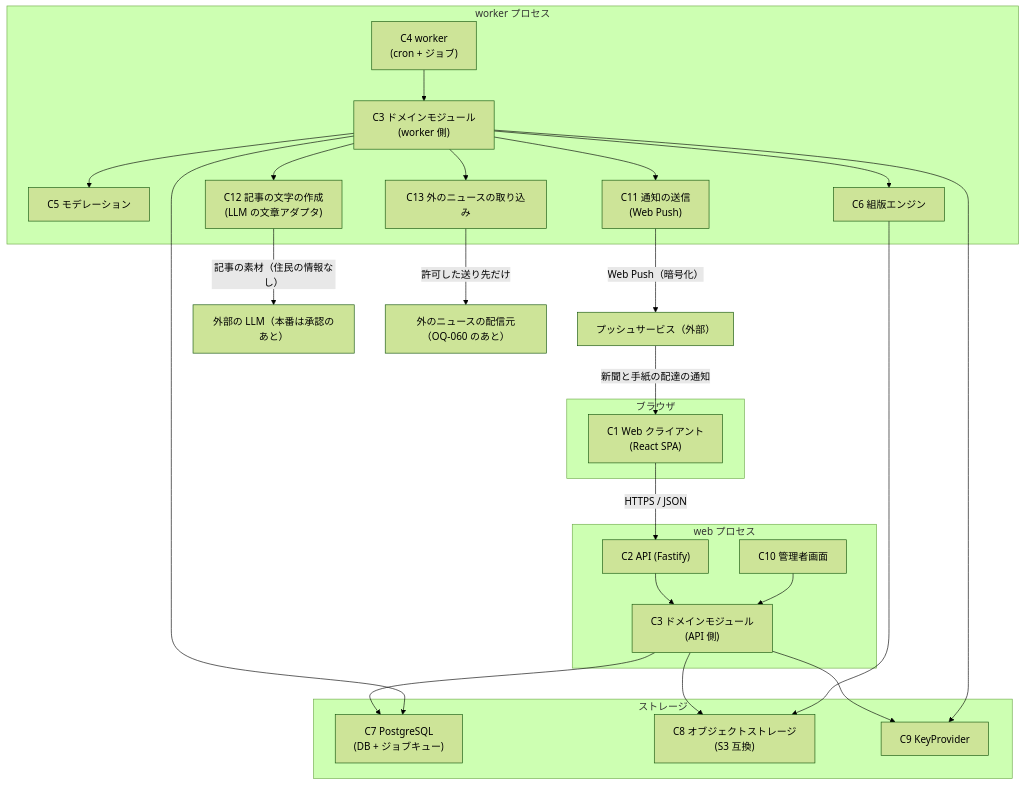
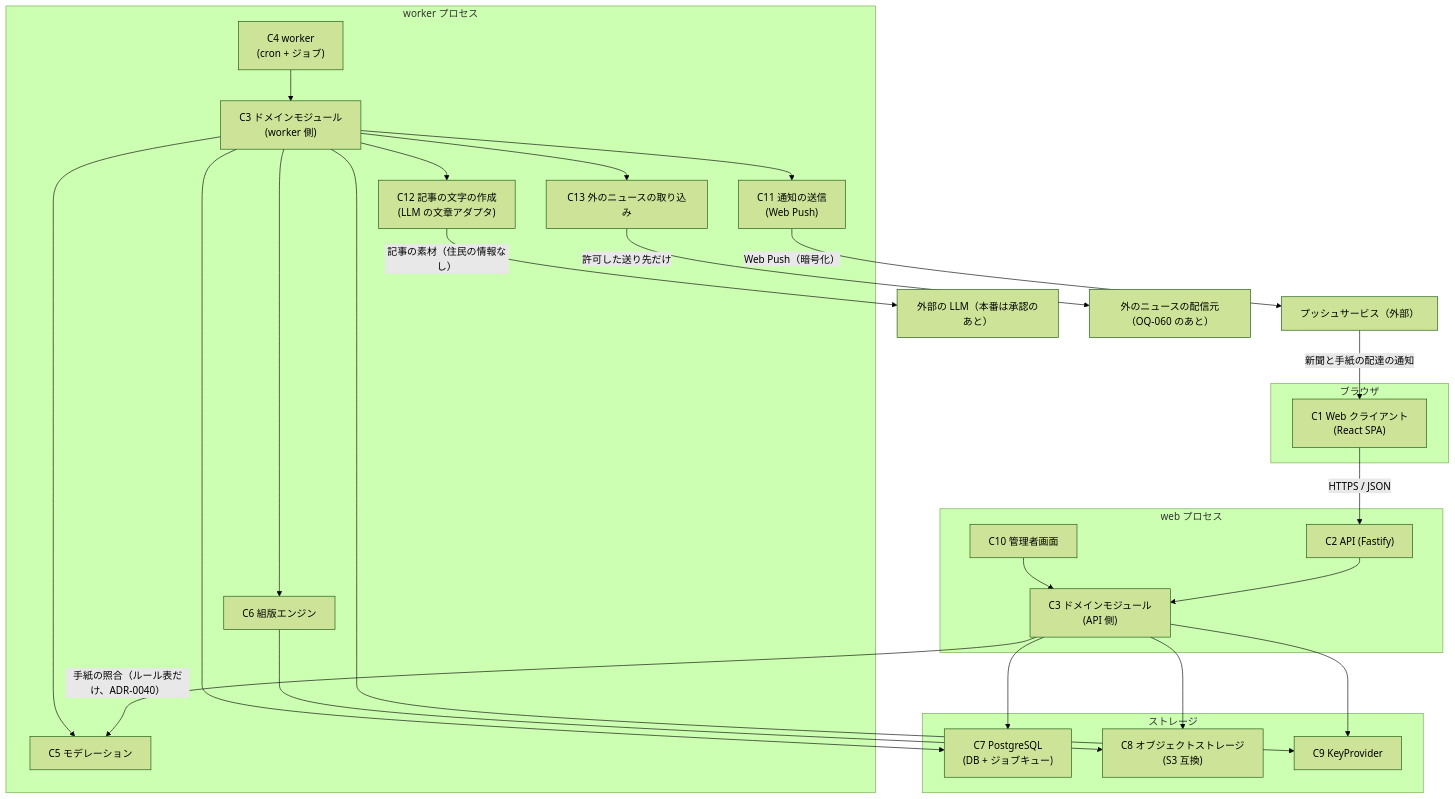
The diagram in .ai/architecture.md (BONUS-git/yuguregaoka-3chome), drawn with Mermaid (forest theme) before and after one commit. The commit also changed other lines of this file and 19 other files, not shown here.

````diff
--- a/.ai/architecture.md
+++ b/.ai/architecture.md
@@ -54,52 +54,53 @@
 ```mermaid
 flowchart TB
     subgraph Browser["ブラウザ"]
         C1["C1 Web クライアント\n(React SPA)"]
     end
 
     subgraph WebProc["web プロセス"]
         C2["C2 API (Fastify)"]
         C3w["C3 ドメインモジュール\n(API 側)"]
         C10["C10 管理者画面"]
     end
 
     subgraph WorkerProc["worker プロセス"]
         C4["C4 worker\n(cron + ジョブ)"]
         C3wk["C3 ドメインモジュール\n(worker 側)"]
         C5["C5 モデレーション"]
         C6["C6 組版エンジン"]
         C11["C11 通知の送信\n(Web Push)"]
         C12["C12 記事の文字の作成\n(LLM の文章アダプタ)"]
         C13["C13 外のニュースの取り込み"]
     end
 
     Push["プッシュサービス（外部）"]
     LLM["外部の LLM（本番は承認のあと）"]
     News["外のニュースの配信元（OQ-060 のあと）"]
 
     subgraph StorageLayer["ストレージ"]
         C7["C7 PostgreSQL\n(DB + ジョブキュー)"]
         C8["C8 オブジェクトストレージ\n(S3 互換)"]
         C9["C9 KeyProvider"]
     end
 
     C1 -->|HTTPS / JSON| C2
     C2 --> C3w
     C10 --> C3w
     C3w --> C7
     C3w --> C9
     C3w --> C8
+    C3w -->|手紙の照合（ルール表だけ、ADR-0040）| C5
     C4 --> C3wk
     C3wk --> C5
     C3wk --> C6
     C3wk --> C7
     C6 --> C8
     C3wk --> C9
     C3wk --> C11
     C11 -->|Web Push（暗号化）| Push
     Push -->|新聞と手紙の配達の通知| C1
     C3wk --> C12
     C3wk --> C13
     C12 -->|記事の素材（住民の情報なし）| LLM
     C13 -->|許可した送り先だけ| News
 ```
````
